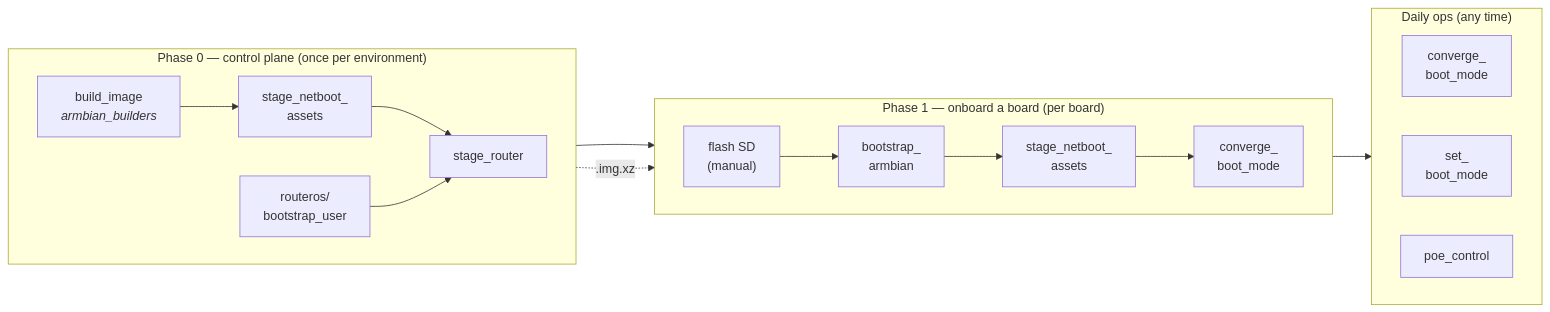
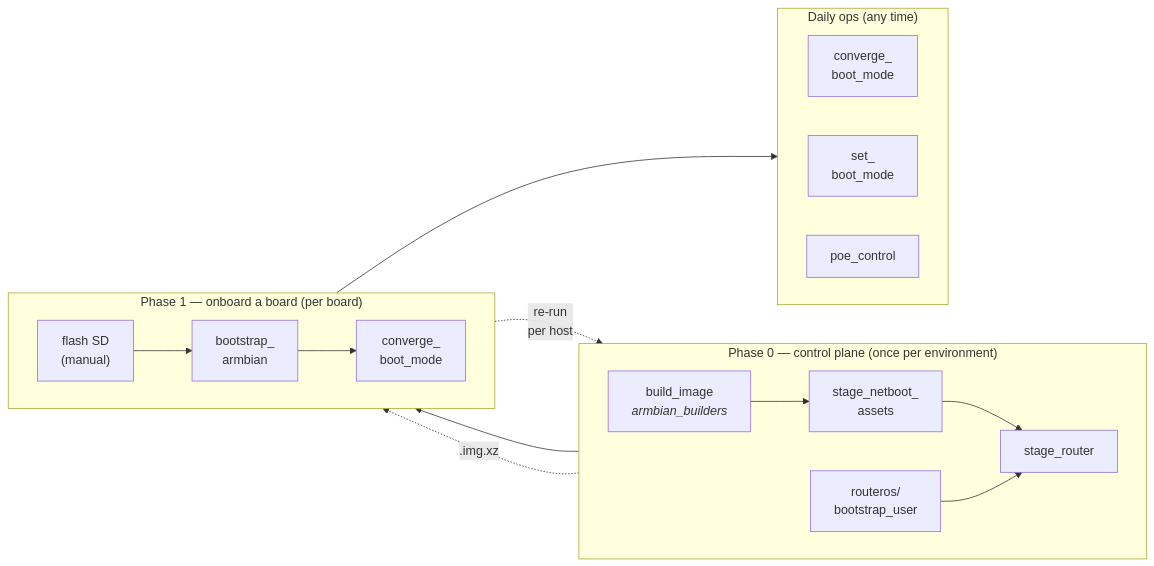
One commit to david-igou/ansible-collection-armbian changed the diagram in README.md. Above: the diagram before and after it, drawn with Mermaid. The commit also changed other lines of this file, not shown here.

Commit message:
docs(README): drop duplicate stage_netboot_assets from Phase 1
Phase 1 previously contained its own stage_netboot_assets node, which
visually duplicated Phase 0's. Phase 0 is unchanged; Phase 1 now reads
as flash → bootstrap_armbian → converge_boot_mode, with a dashed
\"re-run per host\" edge back into Phase 0's stage_netboot_assets to
show the per-host clone step.

````diff
--- a/README.md
+++ b/README.md
@@ -98,33 +100,33 @@
 ```mermaid
 flowchart LR
     subgraph P0["Phase 0 — control plane (once per environment)"]
         direction LR
         BI["build_image<br/><i>armbian_builders</i>"]
         BU["routeros/<br/>bootstrap_user"]
         SN0["stage_netboot_<br/>assets"]
         SR0["stage_router"]
         BI --> SN0
         SN0 --> SR0
         BU --> SR0
     end
 
     subgraph P1["Phase 1 — onboard a board (per board)"]
         direction LR
         FL["flash SD<br/>(manual)"]
         BA["bootstrap_<br/>armbian"]
-        SN1["stage_netboot_<br/>assets"]
         CB1["converge_<br/>boot_mode"]
-        FL --> BA --> SN1 --> CB1
+        FL --> BA --> CB1
     end
 
     subgraph DO["Daily ops (any time)"]
         direction LR
         CB["converge_<br/>boot_mode"]
         SBM["set_<br/>boot_mode"]
         PC["poe_control"]
     end
 
     SR0 --> FL
     BI -.->|".img.xz"| FL
+    BA -.->|"re-run<br/>per host"| SN0
     CB1 --> CB
 ```
````
